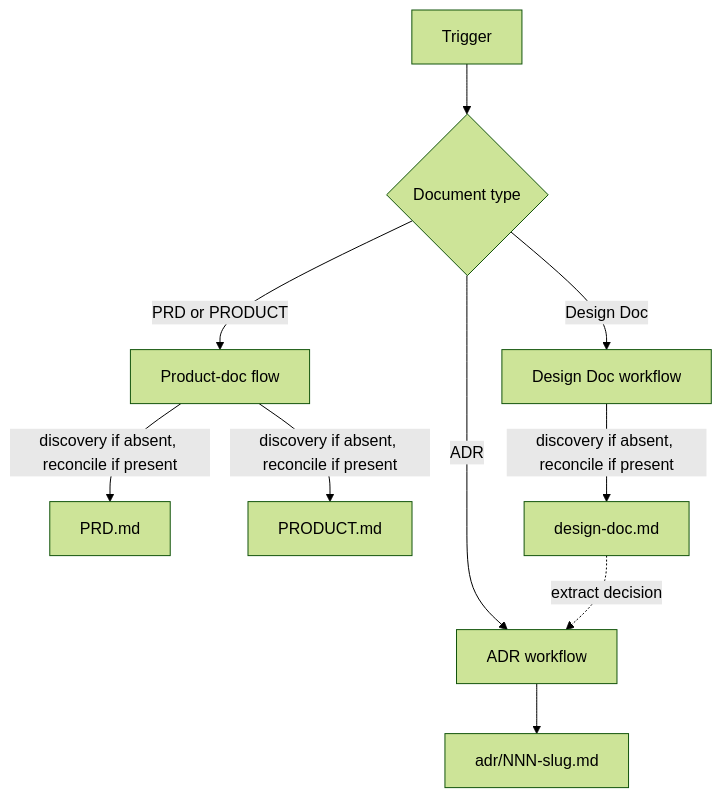
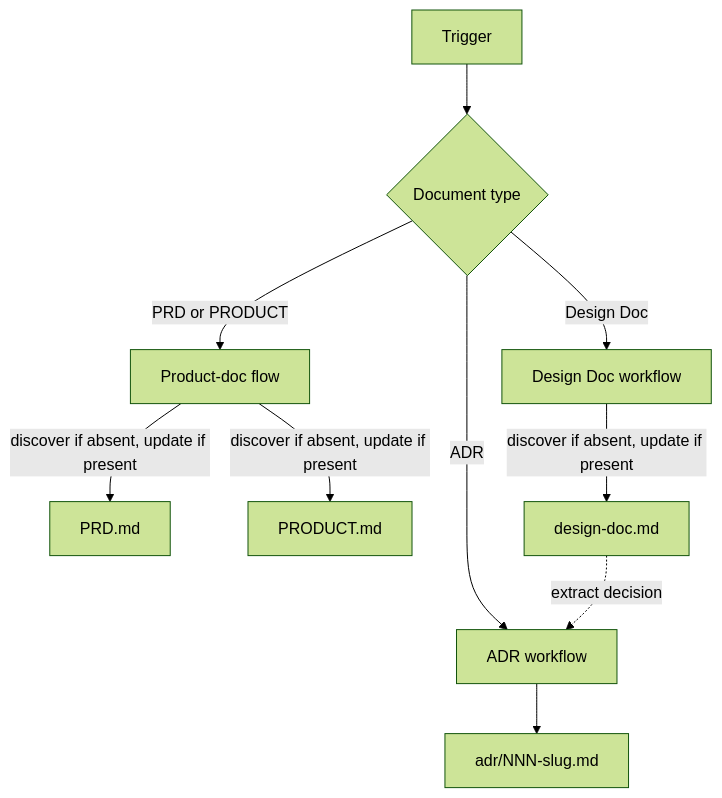
Before and after one commit to adeonir/agent-skills: the diagram in skills/product/docs-writer/README.md, drawn with Mermaid (forest theme). The commit also changed other lines of this file and 8 other files, not shown here.

````diff
--- a/skills/product/docs-writer/README.md
+++ b/skills/product/docs-writer/README.md
@@ -9,12 +9,12 @@
 ```mermaid
 flowchart TD
     T[Trigger] --> R{Document type}
     R -->|PRD or PRODUCT| PD[Product-doc flow]
     R -->|Design Doc| DD[Design Doc workflow]
     R -->|ADR| ADR[ADR workflow]
-    PD -->|discovery if absent, reconcile if present| P[PRD.md]
-    PD -->|discovery if absent, reconcile if present| PM[PRODUCT.md]
-    DD -->|discovery if absent, reconcile if present| D[design-doc.md]
+    PD -->|discover if absent, update if present| P[PRD.md]
+    PD -->|discover if absent, update if present| PM[PRODUCT.md]
+    DD -->|discover if absent, update if present| D[design-doc.md]
     ADR --> A[adr/NNN-slug.md]
     D -.->|extract decision| ADR
 ```
````
